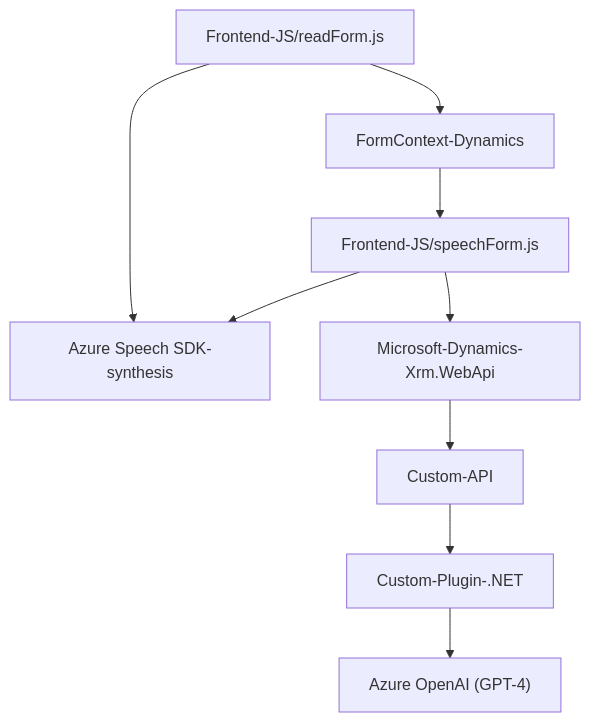
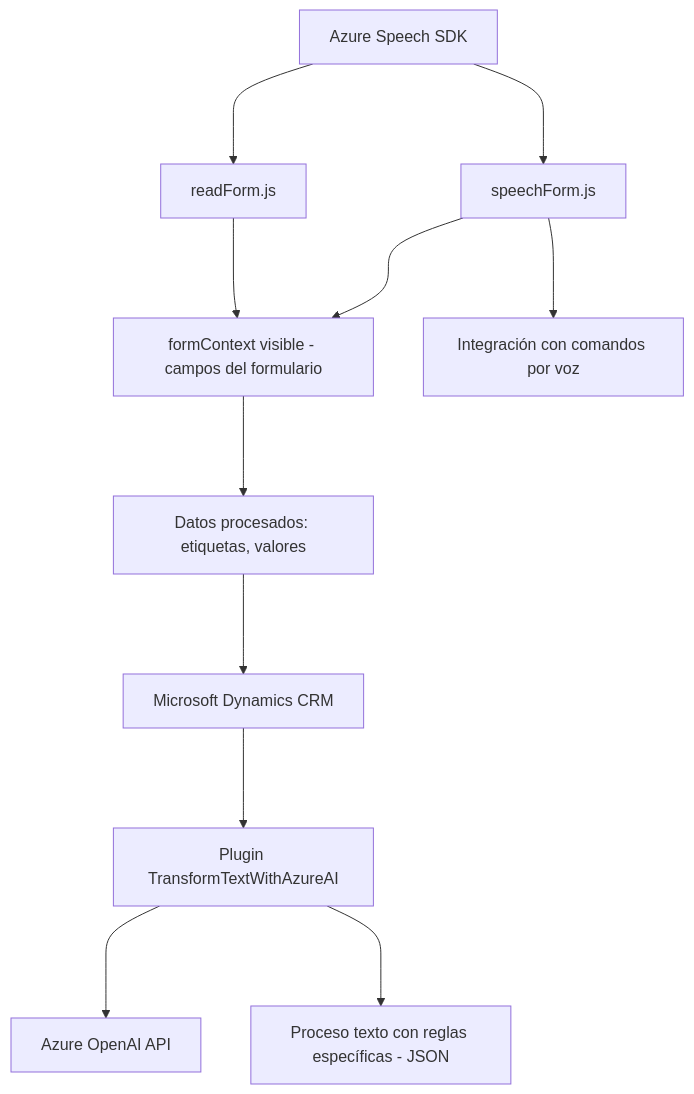
The diagram in README.md (blopezdm/NETCORE_BILBAO2025), drawn with Mermaid before and after one commit. The commit also changed other lines of this file, not shown here.

Commit message:
Actualizar análisis global de la solución con IA

````diff
--- a/README.md
+++ b/README.md
@@ -38,11 +39,14 @@
 ```mermaid
 graph TD
-A[Frontend-JS/readForm.js] --> B["Azure Speech SDK-synthesis"]
-A --> C["FormContext-Dynamics"]
-C --> D[Frontend-JS/speechForm.js]
-D --> B
-D --> E["Microsoft-Dynamics-Xrm.WebApi"]
-E --> F["Custom-API"]
-F --> G["Custom-Plugin-.NET"]
-G --> H["Azure OpenAI (GPT-4)"]
+    A["Azure Speech SDK"] ---> B["readForm.js"]
+    A ---> C["speechForm.js"]
+    B ---> D["formContext visible - campos del formulario"]
+    C ---> D
+    D ---> E["Datos procesados: etiquetas, valores"]
+    E ---> F["Microsoft Dynamics CRM"]
+    F ---> G["Plugin TransformTextWithAzureAI"]
+    G ---> H["Azure OpenAI API"]
+
+    C ---> I["Integración con comandos por voz"]
+    G ---> J["Proceso texto con reglas específicas - JSON"]
 ```
````
